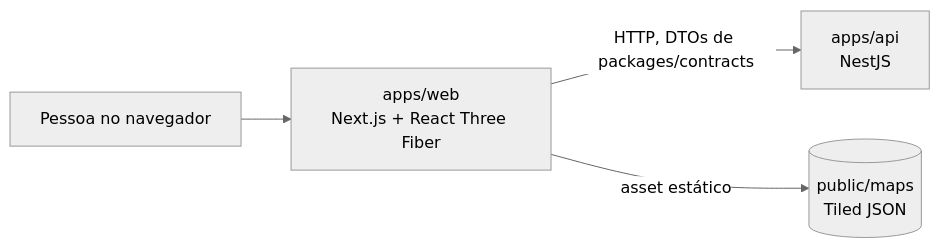
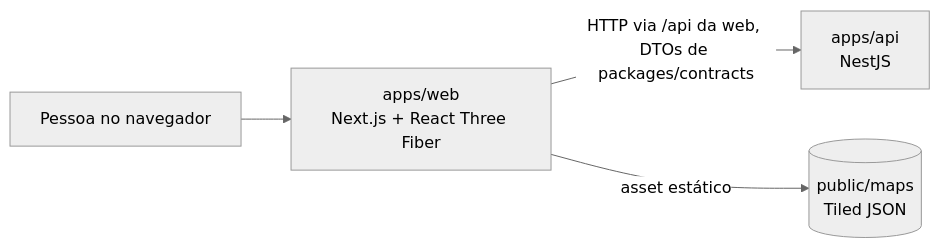
The first of 2 diagrams in docs/architecture.md (edududs/work-interactive-enviroment), drawn with Mermaid (neutral theme) before and after one commit. The commit also changed other lines of this file and 28 other files, not shown here.

First line of the commit message:
fix: keep entity types, use tile positions and call the API through the web origin

````diff
--- a/docs/architecture.md
+++ b/docs/architecture.md
@@ -5,6 +5,6 @@
 ```mermaid
 flowchart LR
     U[Pessoa no navegador] --> W[apps/web<br/>Next.js + React Three Fiber]
-    W -->|HTTP, DTOs de packages/contracts| A[apps/api<br/>NestJS]
+    W -->|HTTP via /api da web, DTOs de packages/contracts| A[apps/api<br/>NestJS]
     W -->|asset estático| M[(public/maps<br/>Tiled JSON)]
 ```
````
